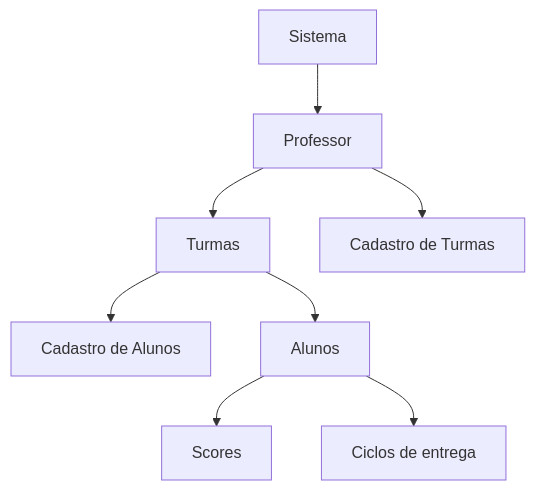
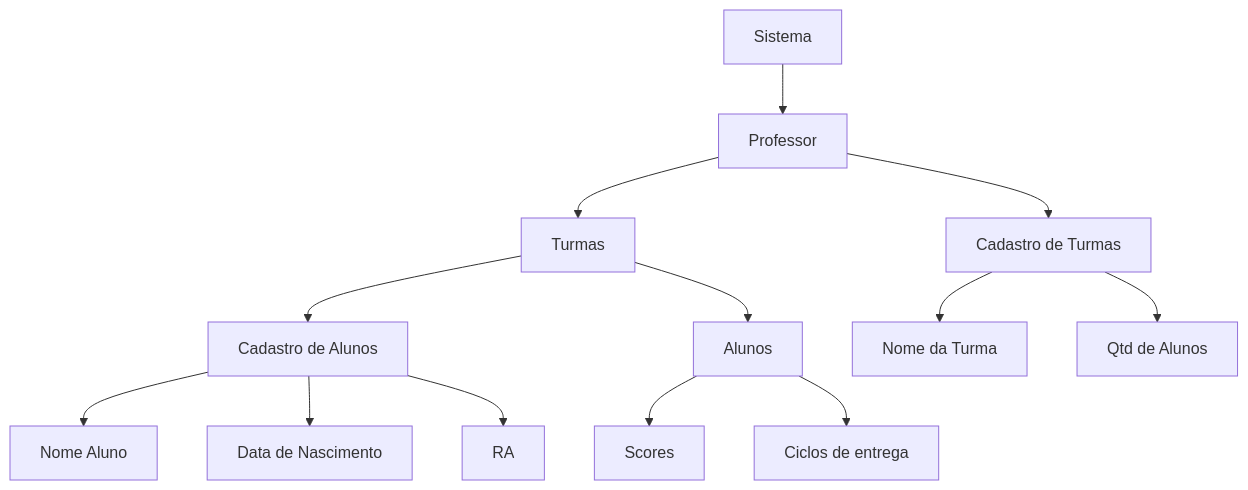
Before and after one commit to CoderHood-Fatec/ProjetoCoderHood: the diagram in README.md, drawn with Mermaid.

````diff
--- a/README.md
+++ b/README.md
@@ -64,8 +64,10 @@
 ```mermaid
 flowchart TD
 A[Sistema] --> B[Professor] 
 B --> C[Turmas] & G[Cadastro de Turmas]
 C--> H[Cadastro de Alunos] & D[Alunos]
 D--> F[Scores] & E[Ciclos de entrega]
+H--> CAn[Nome Aluno] & CAd[Data de Nascimento] & CAr[RA]
+G--> CTn[Nome da Turma] & CTq[Qtd de Alunos]
 
 ```
````
